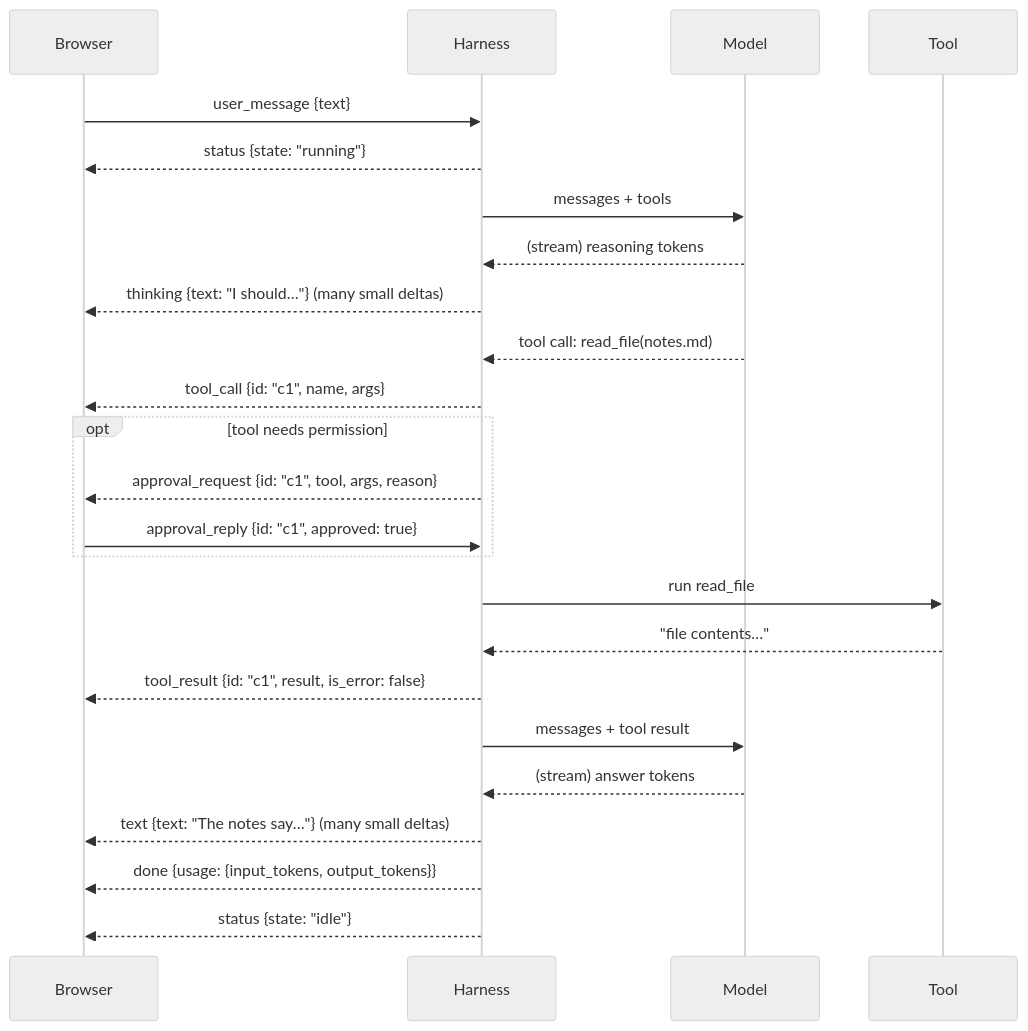
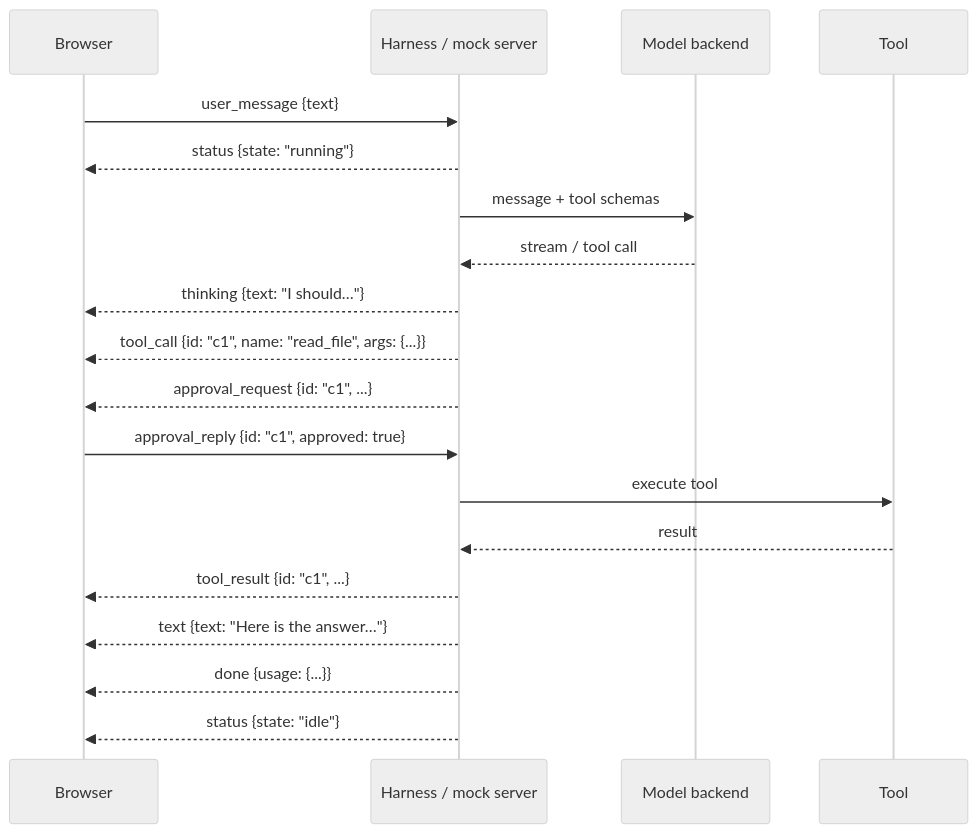
One commit to LS-Stray-Synapses/Axol changed the second of 2 diagrams in docs/Architecture/Front end.md. Above: the diagram before and after it, drawn with Mermaid (neutral theme). The commit also changed other lines of this file and 16 other files, not shown here.

````diff
--- a/docs/Architecture/Front end.md
+++ b/docs/Architecture/Front end.md
@@ -51,27 +66,22 @@
 ```mermaid
 sequenceDiagram
     participant UI as Browser
-    participant H as Harness
-    participant M as Model
+    participant H as Harness / mock server
+    participant M as Model backend
     participant T as Tool
 
     UI->>H: user_message {text}
     H-->>UI: status {state: "running"}
-    H->>M: messages + tools
-    M-->>H: (stream) reasoning tokens
-    H-->>UI: thinking {text: "I should…"}   (many small deltas)
-    M-->>H: tool call: read_file(notes.md)
-    H-->>UI: tool_call {id: "c1", name, args}
-    opt tool needs permission
-        H-->>UI: approval_request {id: "c1", tool, args, reason}
-        UI->>H: approval_reply {id: "c1", approved: true}
-    end
-    H->>T: run read_file
-    T-->>H: "file contents…"
-    H-->>UI: tool_result {id: "c1", result, is_error: false}
-    H->>M: messages + tool result
-    M-->>H: (stream) answer tokens
-    H-->>UI: text {text: "The notes say…"}   (many small deltas)
-    H-->>UI: done {usage: {input_tokens, output_tokens}}
+    H->>M: message + tool schemas
+    M-->>H: stream / tool call
+    H-->>UI: thinking {text: "I should…"}
+    H-->>UI: tool_call {id: "c1", name: "read_file", args: {...}}
+    H-->>UI: approval_request {id: "c1", ...}
+    UI->>H: approval_reply {id: "c1", approved: true}
+    H->>T: execute tool
+    T-->>H: result
+    H-->>UI: tool_result {id: "c1", ...}
+    H-->>UI: text {text: "Here is the answer…"}
+    H-->>UI: done {usage: {...}}
     H-->>UI: status {state: "idle"}
 ```
````
